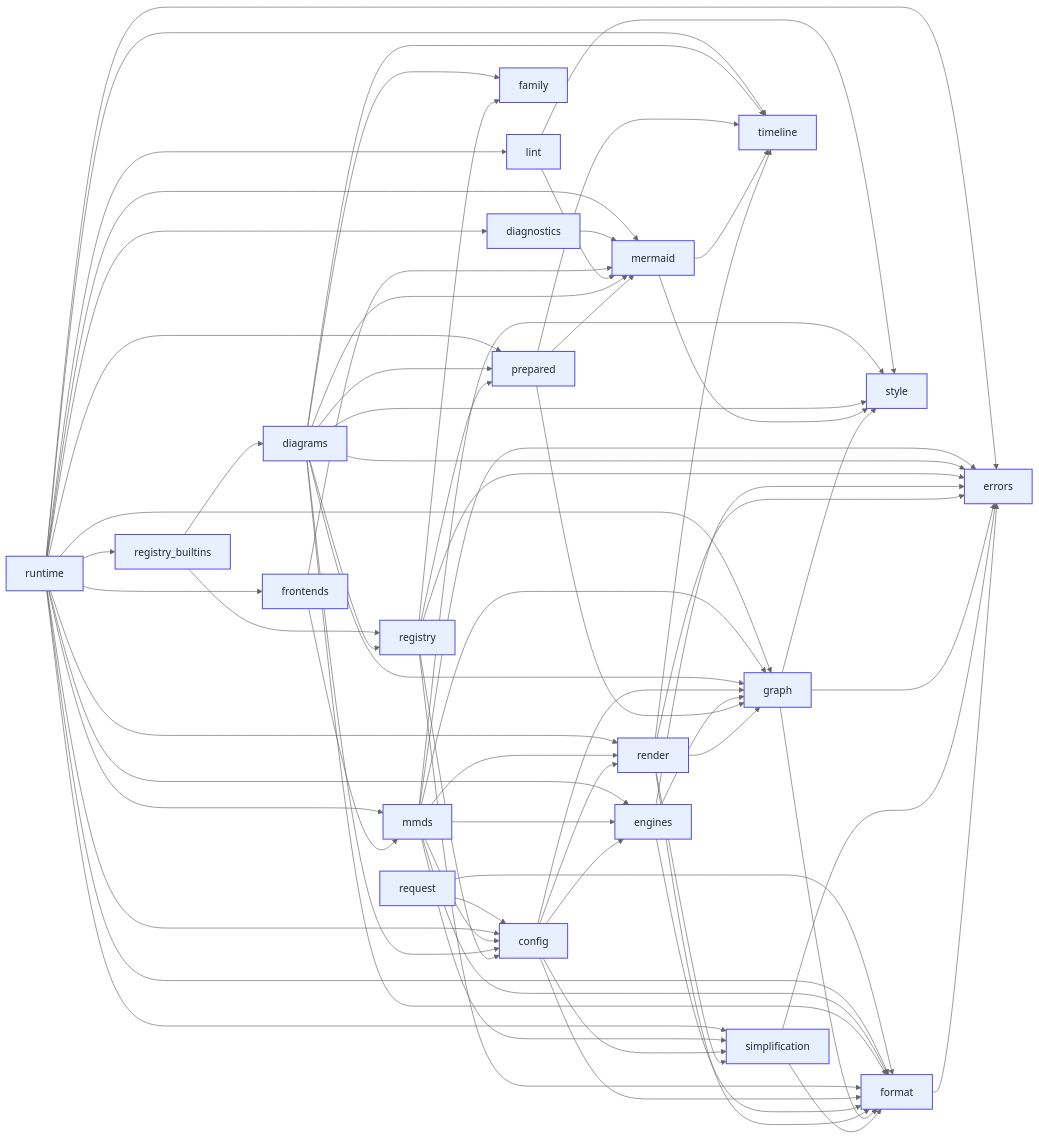
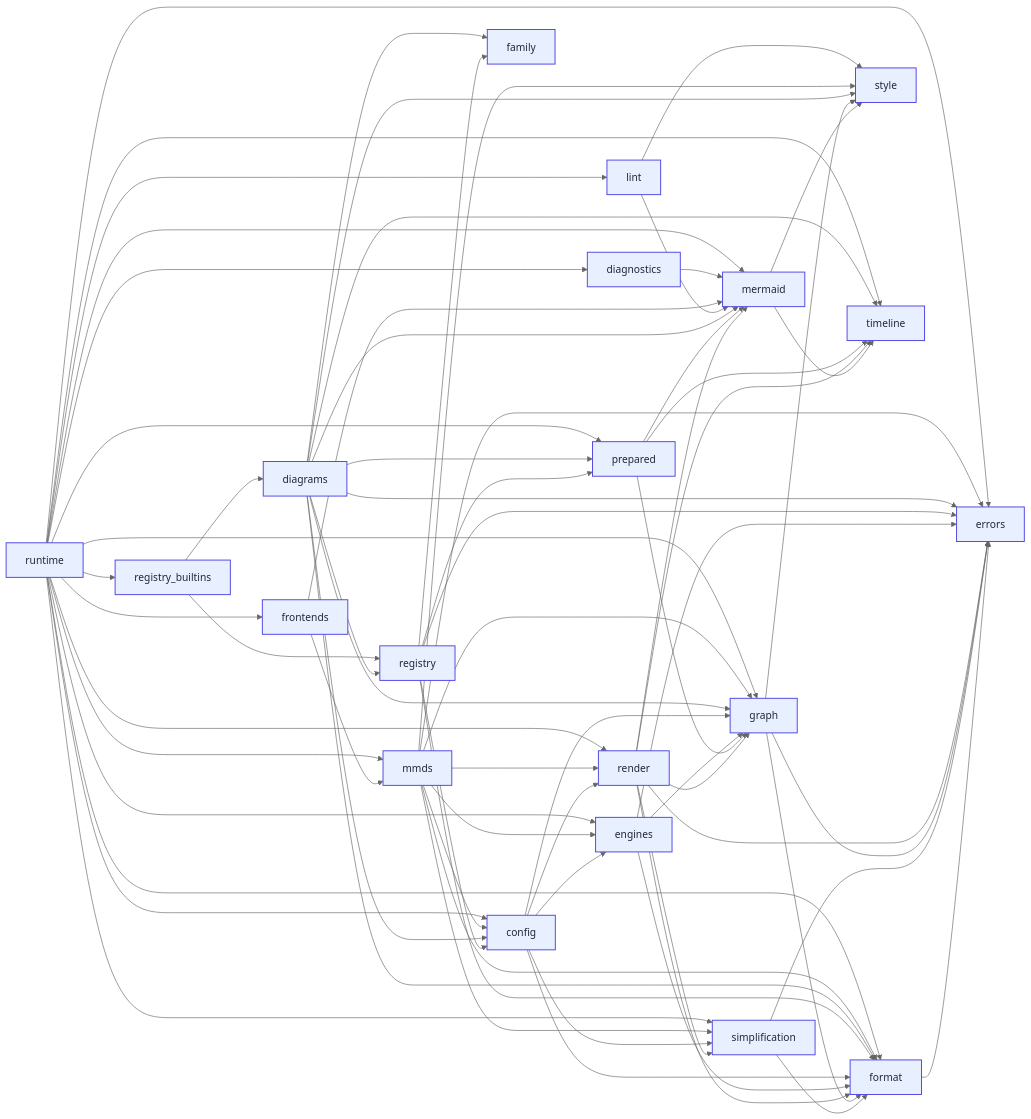
Before and after one commit to kevinswiber/mmdflux: the diagram in docs/architecture/module-dependency-scc-dag.mmd, drawn with Mermaid (neutral theme). The commit also changed 11 other files, not shown here.

```diff
--- a/docs/architecture/module-dependency-scc-dag.mmd
+++ b/docs/architecture/module-dependency-scc-dag.mmd
@@ -1,101 +1,99 @@
 %% Generated by scripts/generate-rust-module-deps-scc.py
 %% crate-root: src/lib.rs
 %% max-depth: 1
-%% component-count: 21
+%% component-count: 20
 %% largest-scc-size: 1
 flowchart LR
-    scc_19["request"]
-    scc_20["runtime"]
+    scc_19["runtime"]
     scc_10["diagnostics"]
     scc_16["frontends"]
     scc_17["lint"]
     scc_15["mmds"]
     scc_18["registry_builtins"]
     scc_14["diagrams"]
     scc_13["registry"]
-    scc_8["config"]
+    scc_9["config"]
     scc_4["engines"]
     scc_11["family"]
     scc_12["prepared"]
-    scc_9["mermaid"]
-    scc_7["render"]
+    scc_8["render"]
     scc_3["graph"]
-    scc_5["simplification"]
+    scc_6["mermaid"]
+    scc_7["simplification"]
     scc_1["format"]
     scc_0["errors"]
     scc_2["style"]
-    scc_6["timeline"]
+    scc_5["timeline"]
+    scc_19 --> scc_0
     scc_19 --> scc_1
+    scc_19 --> scc_3
+    scc_19 --> scc_4
+    scc_19 --> scc_5
+    scc_19 --> scc_6
+    scc_19 --> scc_7
     scc_19 --> scc_8
-    scc_20 --> scc_0
-    scc_20 --> scc_1
-    scc_20 --> scc_3
-    scc_20 --> scc_4
-    scc_20 --> scc_5
-    scc_20 --> scc_6
-    scc_20 --> scc_7
-    scc_20 --> scc_8
-    scc_20 --> scc_9
-    scc_20 --> scc_10
-    scc_20 --> scc_12
-    scc_20 --> scc_15
-    scc_20 --> scc_16
-    scc_20 --> scc_17
-    scc_20 --> scc_18
-    scc_10 --> scc_9
-    scc_16 --> scc_9
+    scc_19 --> scc_9
+    scc_19 --> scc_10
+    scc_19 --> scc_12
+    scc_19 --> scc_15
+    scc_19 --> scc_16
+    scc_19 --> scc_17
+    scc_19 --> scc_18
+    scc_10 --> scc_6
+    scc_16 --> scc_6
     scc_16 --> scc_15
     scc_17 --> scc_2
-    scc_17 --> scc_9
+    scc_17 --> scc_6
     scc_15 --> scc_0
     scc_15 --> scc_1
     scc_15 --> scc_2
     scc_15 --> scc_3
     scc_15 --> scc_4
-    scc_15 --> scc_5
     scc_15 --> scc_7
     scc_15 --> scc_8
+    scc_15 --> scc_9
     scc_18 --> scc_13
     scc_18 --> scc_14
     scc_14 --> scc_0
     scc_14 --> scc_1
     scc_14 --> scc_2
     scc_14 --> scc_3
+    scc_14 --> scc_5
     scc_14 --> scc_6
-    scc_14 --> scc_8
     scc_14 --> scc_9
     scc_14 --> scc_11
     scc_14 --> scc_12
     scc_14 --> scc_13
     scc_13 --> scc_0
     scc_13 --> scc_1
-    scc_13 --> scc_8
+    scc_13 --> scc_9
     scc_13 --> scc_11
     scc_13 --> scc_12
-    scc_8 --> scc_1
-    scc_8 --> scc_3
-    scc_8 --> scc_4
-    scc_8 --> scc_5
-    scc_8 --> scc_7
+    scc_9 --> scc_1
+    scc_9 --> scc_3
+    scc_9 --> scc_4
+    scc_9 --> scc_7
+    scc_9 --> scc_8
     scc_4 --> scc_0
     scc_4 --> scc_1
     scc_4 --> scc_3
     scc_12 --> scc_3
+    scc_12 --> scc_5
     scc_12 --> scc_6
-    scc_12 --> scc_9
-    scc_9 --> scc_2
-    scc_9 --> scc_6
-    scc_7 --> scc_0
-    scc_7 --> scc_1
-    scc_7 --> scc_3
-    scc_7 --> scc_5
-    scc_7 --> scc_6
+    scc_8 --> scc_0
+    scc_8 --> scc_1
+    scc_8 --> scc_3
+    scc_8 --> scc_5
+    scc_8 --> scc_6
+    scc_8 --> scc_7
     scc_3 --> scc_0
     scc_3 --> scc_1
     scc_3 --> scc_2
-    scc_5 --> scc_0
-    scc_5 --> scc_1
+    scc_6 --> scc_2
+    scc_6 --> scc_5
+    scc_7 --> scc_0
+    scc_7 --> scc_1
     scc_1 --> scc_0
     classDef cycle fill:#fbe4e6,stroke:#b42318,stroke-width:2px,color:#1f2937;
     classDef singleton fill:#e8f0ff,stroke:#4f46e5,stroke-width:1.5px,color:#1f2937;
-    class scc_0,scc_1,scc_2,scc_3,scc_4,scc_5,scc_6,scc_7,scc_8,scc_9,scc_10,scc_11,scc_12,scc_13,scc_14,scc_15,scc_16,scc_17,scc_18,scc_19,scc_20 singleton;
+    class scc_0,scc_1,scc_2,scc_3,scc_4,scc_5,scc_6,scc_7,scc_8,scc_9,scc_10,scc_11,scc_12,scc_13,scc_14,scc_15,scc_16,scc_17,scc_18,scc_19 singleton;
```
